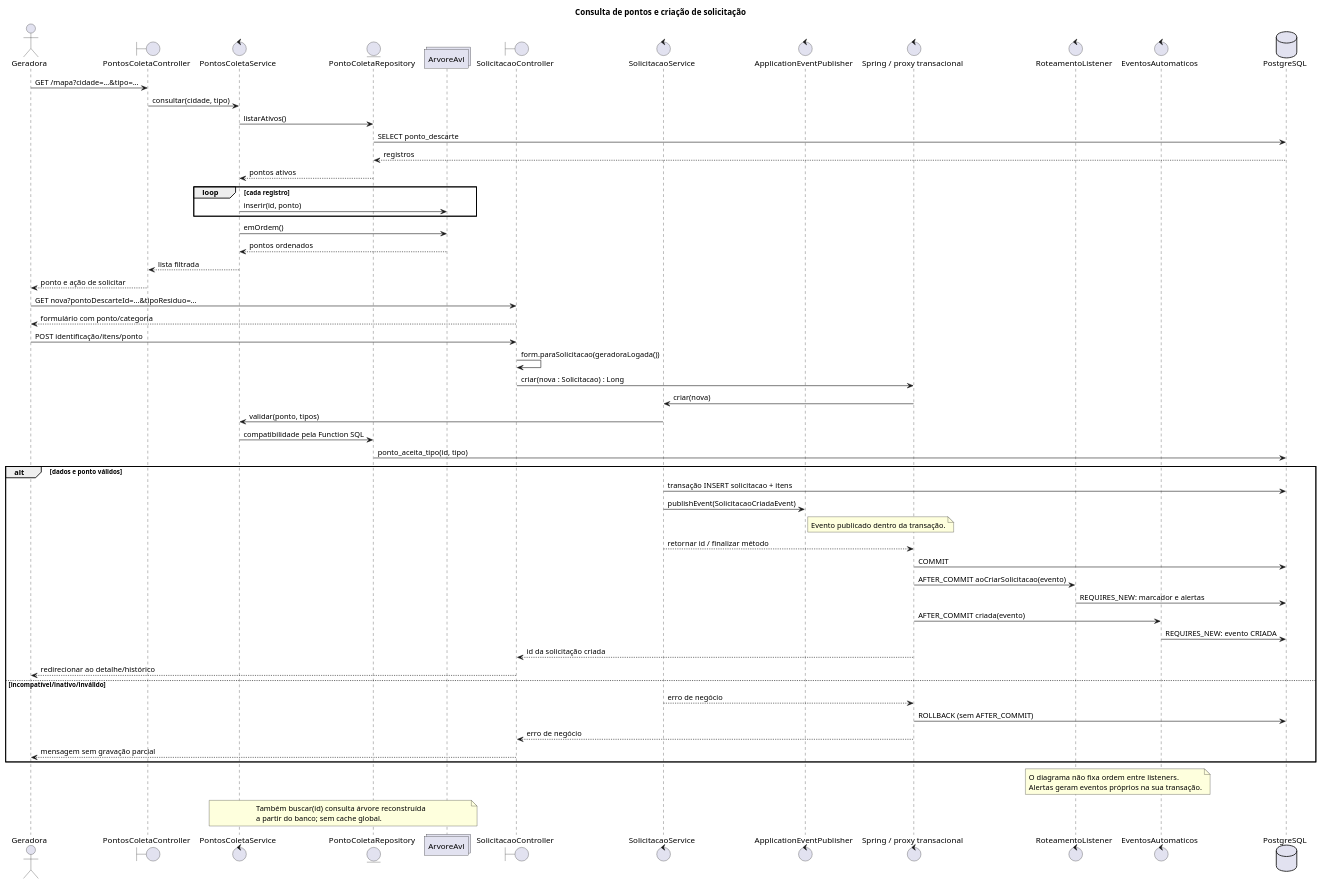
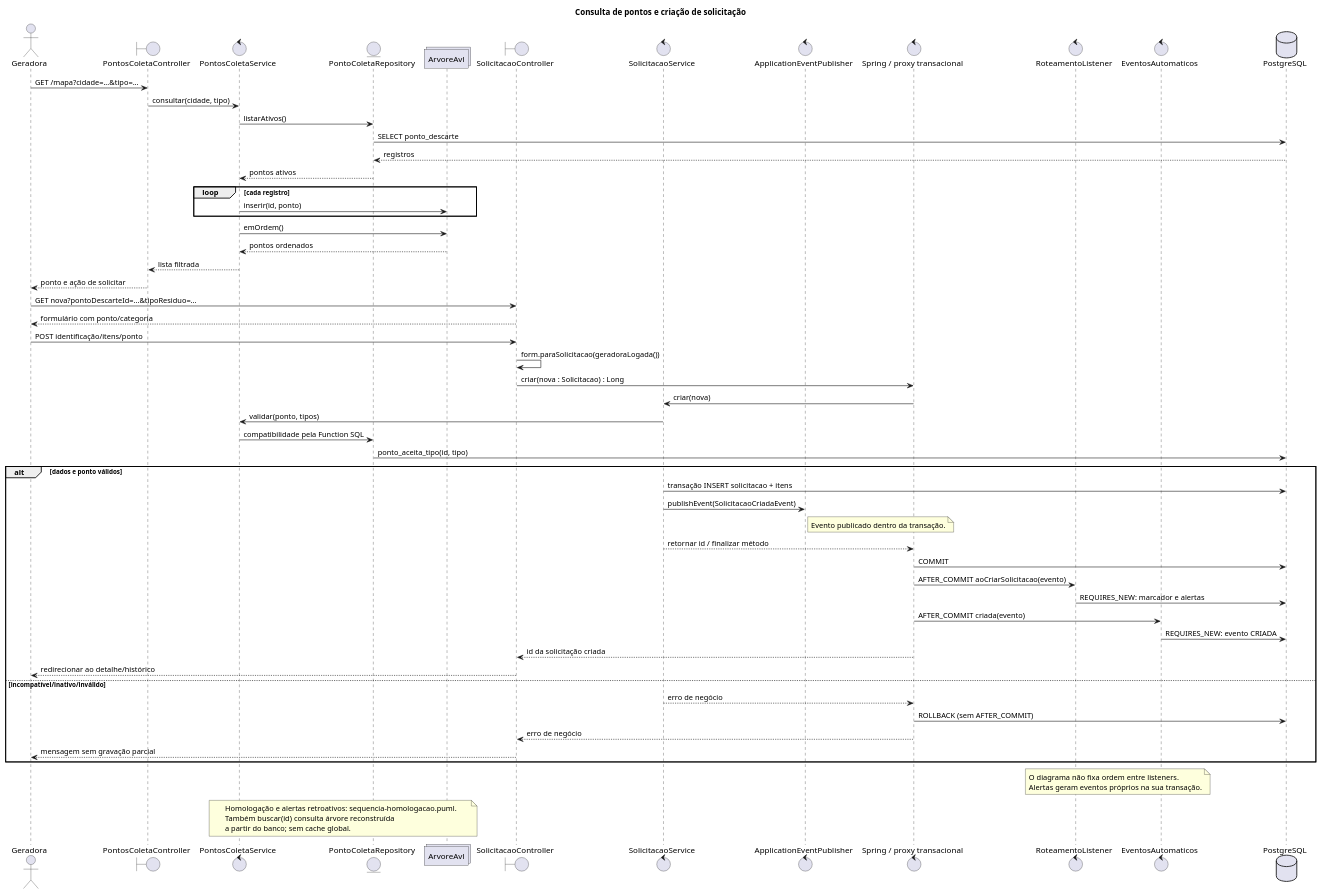
The diagram in docs/uml/sequencia.puml (mmsxdev/plataforma-ewaste), drawn with PlantUML before and after one commit. The commit also changed 54 other files, not shown here.

Commit message:
docs(design): atualiza homologação, UML e revisão ABNT

```diff
--- a/docs/uml/sequencia.puml
+++ b/docs/uml/sequencia.puml
@@ -1,64 +1,65 @@
 @startuml
 !pragma layout smetana
 title Consulta de pontos e criação de solicitação
 actor Geradora
 boundary "PontosColetaController" as WebP
 control "PontosColetaService" as Pontos
 entity "PontoColetaRepository" as Repo
 collections "ArvoreAvl" as AVL
 boundary "SolicitacaoController" as WebS
 control "SolicitacaoService" as Sol
 control "ApplicationEventPublisher" as Publisher
 control "Spring / proxy transacional" as Tx
 control "RoteamentoListener" as Routing
 control "EventosAutomaticos" as Timeline
 database PostgreSQL as DB
 Geradora -> WebP : GET /mapa?cidade=...&tipo=...
 WebP -> Pontos : consultar(cidade, tipo)
 Pontos -> Repo : listarAtivos()
 Repo -> DB : SELECT ponto_descarte
 DB --> Repo : registros
 Repo --> Pontos : pontos ativos
 loop cada registro
   Pontos -> AVL : inserir(id, ponto)
 end
 Pontos -> AVL : emOrdem()
 AVL --> Pontos : pontos ordenados
 Pontos --> WebP : lista filtrada
 WebP --> Geradora : ponto e ação de solicitar
 Geradora -> WebS : GET nova?pontoDescarteId=...&tipoResiduo=...
 WebS --> Geradora : formulário com ponto/categoria
 Geradora -> WebS : POST identificação/itens/ponto
 WebS -> WebS : form.paraSolicitacao(geradoraLogada())
 WebS -> Tx : criar(nova : Solicitacao) : Long
 Tx -> Sol : criar(nova)
 Sol -> Pontos : validar(ponto, tipos)
 Pontos -> Repo : compatibilidade pela Function SQL
 Repo -> DB : ponto_aceita_tipo(id, tipo)
 alt dados e ponto válidos
   Sol -> DB : transação INSERT solicitacao + itens
   Sol -> Publisher : publishEvent(SolicitacaoCriadaEvent)
   note right of Publisher : Evento publicado dentro da transação.
   Sol --> Tx : retornar id / finalizar método
   Tx -> DB : COMMIT
   Tx -> Routing : AFTER_COMMIT aoCriarSolicitacao(evento)
   Routing -> DB : REQUIRES_NEW: marcador e alertas
   Tx -> Timeline : AFTER_COMMIT criada(evento)
   Timeline -> DB : REQUIRES_NEW: evento CRIADA
   Tx --> WebS : id da solicitação criada
   WebS --> Geradora : redirecionar ao detalhe/histórico
 else incompatível/inativo/inválido
   Sol --> Tx : erro de negócio
   Tx -> DB : ROLLBACK (sem AFTER_COMMIT)
   Tx --> WebS : erro de negócio
   WebS --> Geradora : mensagem sem gravação parcial
 end
 note over Routing, Timeline
 O diagrama não fixa ordem entre listeners.
 Alertas geram eventos próprios na sua transação.
 end note
 note over Pontos, AVL
+Homologação e alertas retroativos: sequencia-homologacao.puml.
 Também buscar(id) consulta árvore reconstruída
 a partir do banco; sem cache global.
 end note
 @enduml
```
